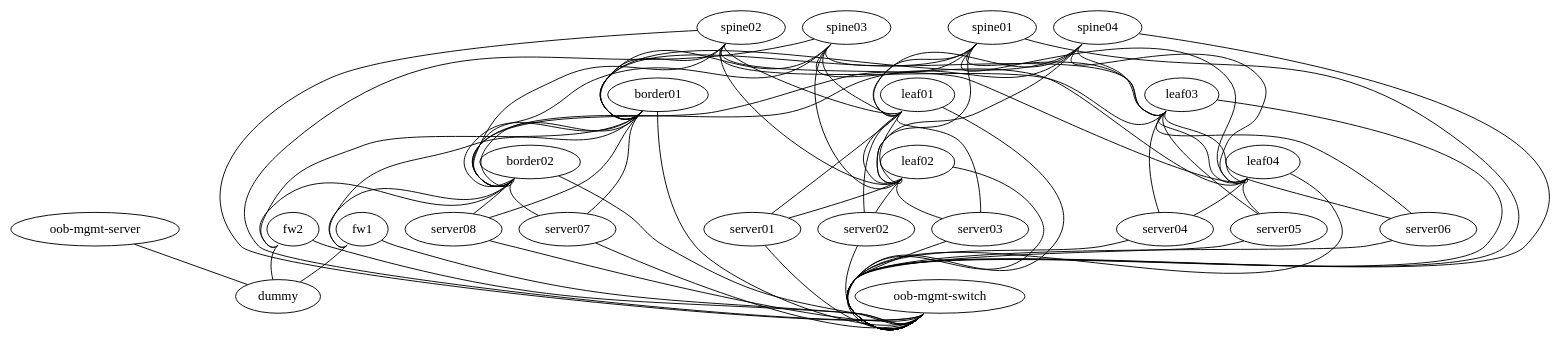
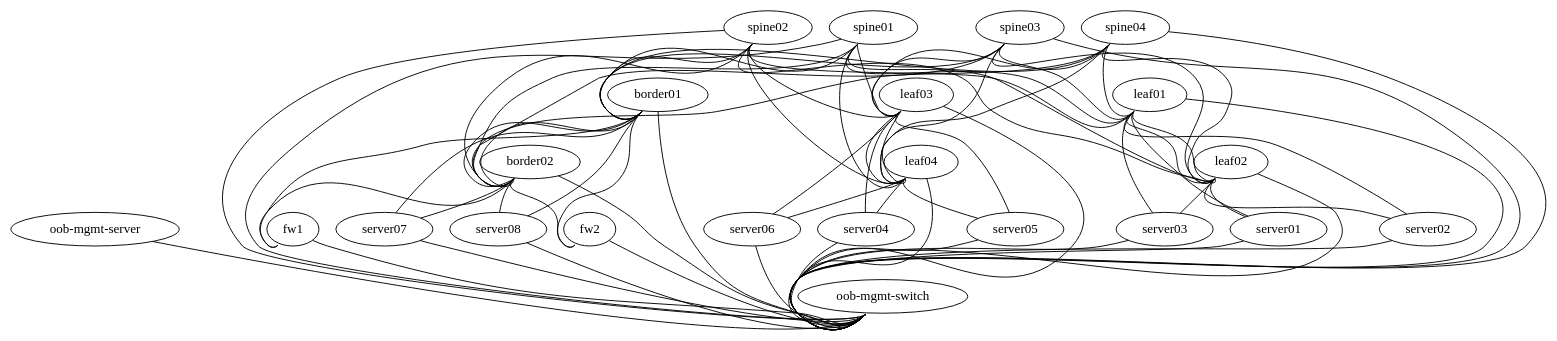
One commit to MheniMerz/smart-network-repository-infrastracture changed the diagram in topology.dot. Above: the diagram before and after it, drawn with Graphviz.

Commit message:
fix topology file

```diff
--- a/topology.dot
+++ b/topology.dot
@@ -1,114 +1,110 @@
 graph multiverse_network {
    
-   "dummy" [function="fake"]
    "oob-mgmt-server"  [function="oob-server" mgmt_ip="192.168.200.1" cpu="4" memory="2048"]
    "oob-mgmt-switch"  [function="oob-switch" mgmt_ip="192.168.200.251" ports="64"]
 
    "spine01" [function="spine"  os="sonic-202012-f6f4c7f4" mgmt_ip="192.168.200.21" ports="32"]
    "spine02" [function="spine"  os="sonic-202012-f6f4c7f4" mgmt_ip="192.168.200.22" ports="32"]
    "spine03" [function="spine"  os="sonic-202012-f6f4c7f4" mgmt_ip="192.168.200.23" ports="32"]
    "spine04" [function="spine"  os="sonic-202012-f6f4c7f4" mgmt_ip="192.168.200.24" ports="32"]
    
    "leaf01" [function="leaf"  os="sonic-202012-f6f4c7f4" mgmt_ip="192.168.200.41" ports="54"]
    "leaf02" [function="leaf"  os="sonic-202012-f6f4c7f4" mgmt_ip="192.168.200.42" ports="54"]
    "leaf03" [function="leaf"  os="sonic-202012-f6f4c7f4" mgmt_ip="192.168.200.43" ports="54"]
    "leaf04" [function="leaf"  os="sonic-202012-f6f4c7f4" mgmt_ip="192.168.200.44" ports="54"]
   
    "fw1" [function="leaf" os="sonic-202012-f6f4c7f4" mgmt_ip="192.168.200.11" ports="54"]
    "fw2" [function="leaf" os="sonic-202012-f6f4c7f4" mgmt_ip="192.168.200.12" ports="54"]
-   "border01" [function="exit" os="sonic-202012-f6f4c7f4" mgmt_ip="192.168.200.31" ports="54"]
-   "border02" [function="exit" os="sonic-202012-f6f4c7f4" mgmt_ip="192.168.200.32" ports="54"]
+   "border01" [function="leaf" os="sonic-202012-f6f4c7f4" mgmt_ip="192.168.200.31" ports="54"]
+   "border02" [function="leaf" os="sonic-202012-f6f4c7f4" mgmt_ip="192.168.200.32" ports="54"]
 
    "server01" [function="host" os="generic/ubuntu1804" mgmt_ip="192.168.200.81" nic_model="e1000" memory="1024"]
    "server02" [function="host" os="generic/ubuntu1804" mgmt_ip="192.168.200.82" nic_model="e1000" memory="1024"]
    "server03" [function="host" os="generic/ubuntu1804" mgmt_ip="192.168.200.83" nic_model="e1000" memory="1024"]
    "server04" [function="host" os="generic/ubuntu1804" mgmt_ip="192.168.200.84" nic_model="e1000" memory="1024"]
    "server05" [function="host" os="generic/ubuntu1804" mgmt_ip="192.168.200.85" nic_model="e1000" memory="1024"]
    "server06" [function="host" os="generic/ubuntu1804" mgmt_ip="192.168.200.86" nic_model="e1000" memory="1024"]
    "server07" [function="host" os="generic/ubuntu1804" mgmt_ip="192.168.200.87" nic_model="e1000" memory="1024"]
    "server08" [function="host" os="generic/ubuntu1804" mgmt_ip="192.168.200.88" nic_model="e1000" memory="1024"]
 
    "leaf01":"swp1" -- "server01":"eth1"
    "leaf01":"swp2" -- "server02":"eth1"
    "leaf01":"swp3" -- "server03":"eth1"
    "leaf02":"swp1" -- "server01":"eth2"
    "leaf02":"swp2" -- "server02":"eth2"
    "leaf02":"swp3" -- "server03":"eth2"
    "leaf03":"swp1" -- "server04":"eth1"
    "leaf03":"swp2" -- "server05":"eth1"
    "leaf03":"swp3" -- "server06":"eth1"
    "leaf04":"swp1" -- "server04":"eth2"
    "leaf04":"swp2" -- "server05":"eth2"
    "leaf04":"swp3" -- "server06":"eth2"
 
    "leaf01":"swp49" -- "leaf02":"swp49"
    "leaf01":"swp50" -- "leaf02":"swp50"
    "leaf03":"swp49" -- "leaf04":"swp49"
    "leaf03":"swp50" -- "leaf04":"swp50"
    "border01":"swp49" -- "border02":"swp49"
    "border01":"swp50" -- "border02":"swp50"
 
    "spine01":"swp1" -- "leaf01":"swp51"
    "spine02":"swp1" -- "leaf01":"swp52"
    "spine03":"swp1" -- "leaf01":"swp53"
    "spine04":"swp1" -- "leaf01":"swp54"
    "spine01":"swp2" -- "leaf02":"swp51"
    "spine02":"swp2" -- "leaf02":"swp52"
    "spine03":"swp2" -- "leaf02":"swp53"
    "spine04":"swp2" -- "leaf02":"swp54"
    "spine01":"swp3" -- "leaf03":"swp51"
    "spine02":"swp3" -- "leaf03":"swp52"
    "spine03":"swp3" -- "leaf03":"swp53"
    "spine04":"swp3" -- "leaf03":"swp54"
    "spine01":"swp4" -- "leaf04":"swp51"
    "spine02":"swp4" -- "leaf04":"swp52"
    "spine03":"swp4" -- "leaf04":"swp53"
    "spine04":"swp4" -- "leaf04":"swp54"
    "spine01":"swp5" -- "border01":"swp51"
    "spine02":"swp5" -- "border01":"swp52"
    "spine03":"swp5" -- "border01":"swp53"
    "spine04":"swp5" -- "border01":"swp54"
    "spine01":"swp6" -- "border02":"swp51"
    "spine02":"swp6" -- "border02":"swp52"
    "spine03":"swp6" -- "border02":"swp53"
    "spine04":"swp6" -- "border02":"swp54"
 
    "border01":"swp1" -- "server07":"eth1"
    "border01":"swp2" -- "server08":"eth1"
    "border01":"swp3" -- "fw1":"swp1"
    "border01":"swp4" -- "fw2":"swp1"
    "border02":"swp1" -- "server07":"eth2"
    "border02":"swp2" -- "server08":"eth2"
    "border02":"swp3" -- "fw1":"swp2"
    "border02":"swp4" -- "fw2":"swp2"
+   
+   "oob-mgmt-server":"eth1" -- "oob-mgmt-switch":"swp1"
 
-   "oob-mgmt-server":"eth0" -- "dummy":"outbound"
-   "fw1":"swp49" -- "dummy":"outbound-fw1"
-   "fw2":"swp49" -- "dummy":"outbound-fw2"
-
-   
    "spine01":"eth0" -- "oob-mgmt-switch":"swp2" [left_mac="44:38:50:22:01:01"]
    "spine02":"eth0" -- "oob-mgmt-switch":"swp3" [left_mac="44:38:50:22:01:02"]
    "spine03":"eth0" -- "oob-mgmt-switch":"swp4" [left_mac="44:38:50:22:01:03"]
    "spine04":"eth0" -- "oob-mgmt-switch":"swp5" [left_mac="44:38:50:22:01:04"]
   
-   "fw1":"eth0" -- "oob-mgmt-switch":"swp6" [left_mac="44:38:39:00:01:8c"]
-   "fw2":"eth0" -- "oob-mgmt-switch":"swp7" [left_mac="44:38:39:00:01:8e"]
+   "fw1":"eth0" -- "oob-mgmt-switch":"swp6" [left_mac="44:38:10:22:01:01"]
+   "fw2":"eth0" -- "oob-mgmt-switch":"swp7" [left_mac="44:38:10:22:01:02"]
    
-   "border01":"eth0" -- "oob-mgmt-switch":"swp8" [left_mac="44:38:39:00:01:74"]
-   "border02":"eth0" -- "oob-mgmt-switch":"swp9" [left_mac="44:38:39:00:01:7c"]
+   "border01":"eth0" -- "oob-mgmt-switch":"swp8" [left_mac="44:38:20:22:01:01"]
+   "border02":"eth0" -- "oob-mgmt-switch":"swp9" [left_mac="44:38:20:22:01:02"]
 
    "leaf01":"eth0" -- "oob-mgmt-switch":"swp11" [left_mac="44:38:40:22:01:01"]
    "leaf02":"eth0" -- "oob-mgmt-switch":"swp12" [left_mac="44:38:40:22:01:02"]
    "leaf03":"eth0" -- "oob-mgmt-switch":"swp13" [left_mac="44:38:40:22:01:03"]
    "leaf04":"eth0" -- "oob-mgmt-switch":"swp14" [left_mac="44:38:40:22:01:04"]
 
    "server01":"eth0" -- "oob-mgmt-switch":"swp21" [left_mac="44:38:30:22:01:01"]
    "server02":"eth0" -- "oob-mgmt-switch":"swp22" [left_mac="44:38:30:22:01:02"]
    "server03":"eth0" -- "oob-mgmt-switch":"swp23" [left_mac="44:38:30:22:01:03"]
    "server04":"eth0" -- "oob-mgmt-switch":"swp24" [left_mac="44:38:30:22:01:04"]
    "server05":"eth0" -- "oob-mgmt-switch":"swp25" [left_mac="44:38:30:22:01:05"]
    "server06":"eth0" -- "oob-mgmt-switch":"swp26" [left_mac="44:38:30:22:01:06"]
    "server07":"eth0" -- "oob-mgmt-switch":"swp27" [left_mac="44:38:30:22:01:07"]
    "server08":"eth0" -- "oob-mgmt-switch":"swp28" [left_mac="44:38:30:22:01:08"]
 }
```
